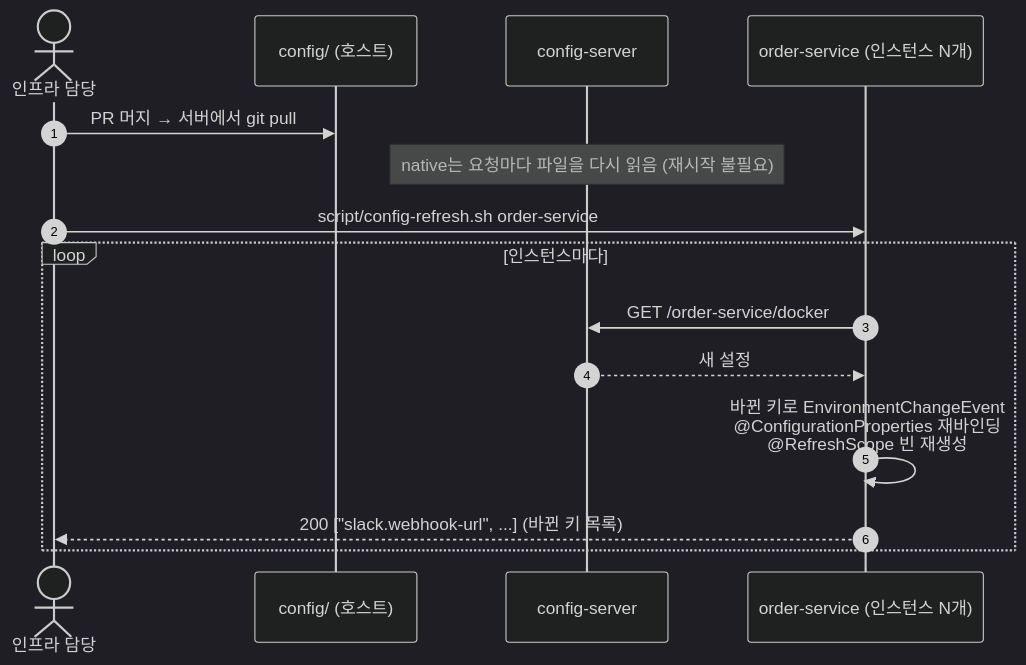
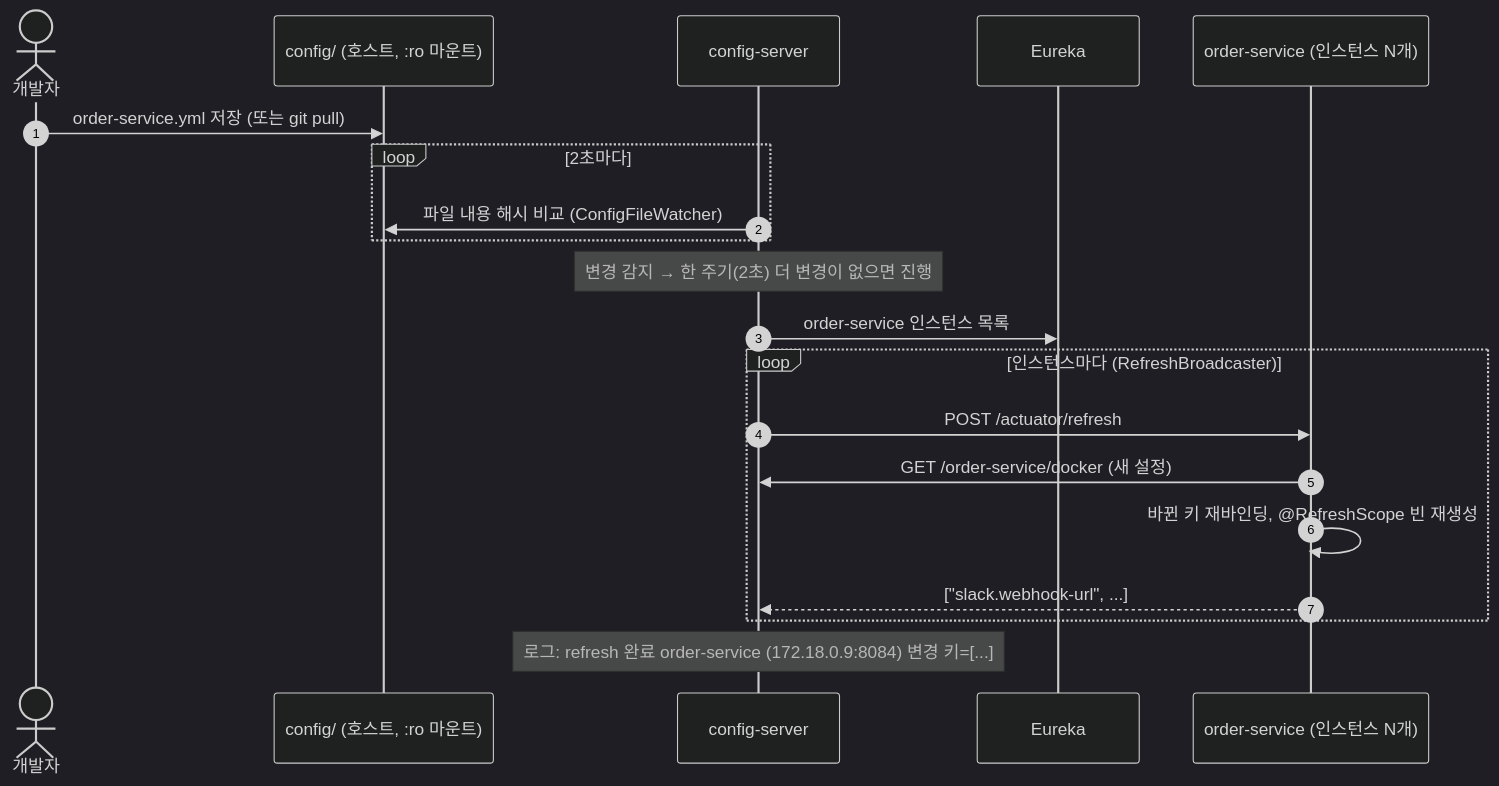
Before and after one commit to logistics-group3/logistics-management: the diagram in doc/guide/12-config-ops.md, drawn with Mermaid (dark theme). The commit also changed other lines of this file and 16 other files, not shown here.

First line of the commit message:
feat(config-server): 설정 파일 변경 감지 후 자동 refresh

````diff
--- a/doc/guide/12-config-ops.md
+++ b/doc/guide/12-config-ops.md
@@ -137,18 +139,23 @@
 ```mermaid
 sequenceDiagram
     autonumber
-    actor Dev as 인프라 담당
-    participant Git as config/ (호스트)
+    actor Dev as 개발자
+    participant F as config/ (호스트, :ro 마운트)
     participant CS as config-server
+    participant E as Eureka
     participant S as order-service (인스턴스 N개)
 
-    Dev->>Git: PR 머지 → 서버에서 git pull
-    Note over CS: native는 요청마다 파일을 다시 읽음 (재시작 불필요)
-    Dev->>S: script/config-refresh.sh order-service
-    loop 인스턴스마다
-        S->>CS: GET /order-service/docker
-        CS-->>S: 새 설정
-        S->>S: 바뀐 키로 EnvironmentChangeEvent<br/>@ConfigurationProperties 재바인딩<br/>@RefreshScope 빈 재생성
-        S-->>Dev: 200 ["slack.webhook-url", ...] (바뀐 키 목록)
+    Dev->>F: order-service.yml 저장 (또는 git pull)
+    loop 2초마다
+        CS->>F: 파일 내용 해시 비교 (ConfigFileWatcher)
     end
+    Note over CS: 변경 감지 → 한 주기(2초) 더 변경이 없으면 진행
+    CS->>E: order-service 인스턴스 목록
+    loop 인스턴스마다 (RefreshBroadcaster)
+        CS->>S: POST /actuator/refresh
+        S->>CS: GET /order-service/docker (새 설정)
+        S->>S: 바뀐 키 재바인딩, @RefreshScope 빈 재생성
+        S-->>CS: ["slack.webhook-url", ...]
+    end
+    Note over CS: 로그: refresh 완료 order-service (172.18.0.9:8084) 변경 키=[...]
 ```
````
